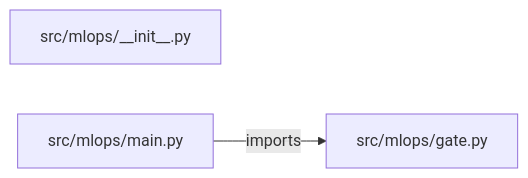
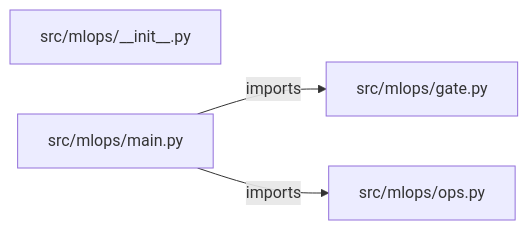
One commit to iarsingh/end-to-end-mlops-platform changed the diagram in PROJECT_ARCHITECTURE.md. Above: the diagram before and after it, drawn with Mermaid. The commit also changed other lines of this file and 2 other files, not shown here.

Commit message:
Refresh architecture and interview guides from current implementation

````diff
--- a/PROJECT_ARCHITECTURE.md
+++ b/PROJECT_ARCHITECTURE.md
@@ -13,7 +13,9 @@
 ```mermaid
 flowchart LR
     M0["src/mlops/__init__.py"]
     M1["src/mlops/gate.py"]
     M2["src/mlops/main.py"]
+    M3["src/mlops/ops.py"]
     M2 -->|imports| M1
+    M2 -->|imports| M3
 ```
````
